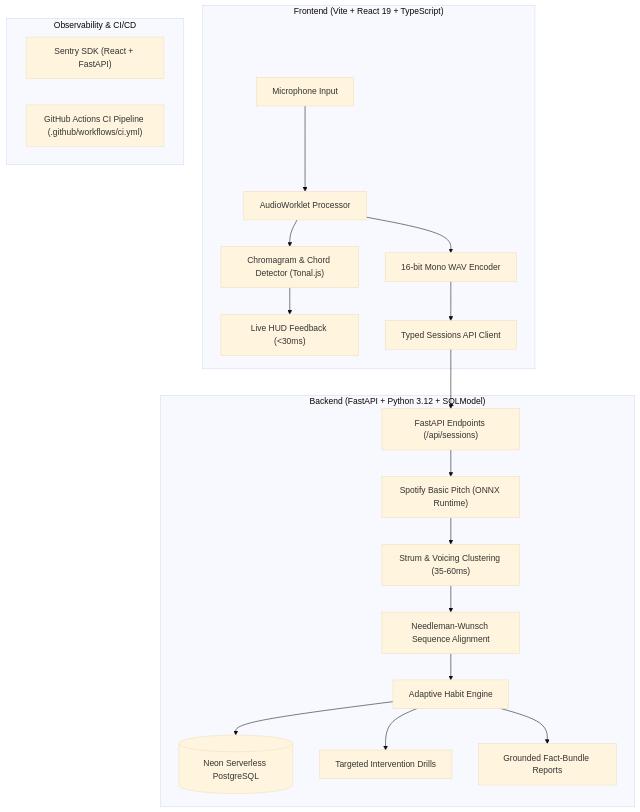
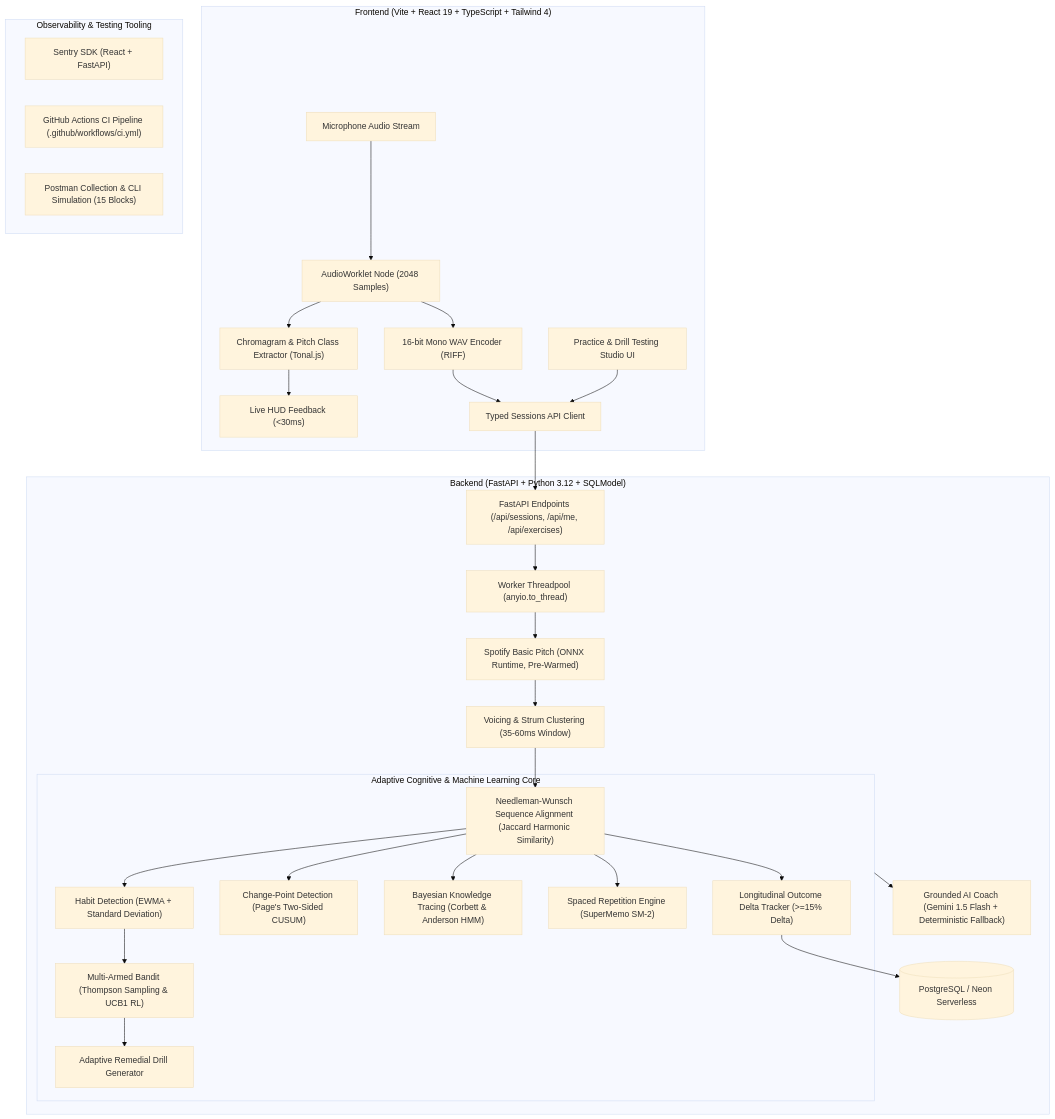
Before and after one commit to Yashvir-13/Sonus: the diagram in README.md, drawn with Mermaid (base theme). The commit also changed other lines of this file and 41 other files, not shown here.

First line of the commit message:
feat(adaptive): implement cognitive models, RL bandit, and testing studio

````diff
--- a/README.md
+++ b/README.md
@@ -9,26 +9,38 @@
 ```mermaid
 graph TB
-    subgraph Client ["Frontend (Vite + React 19 + TypeScript)"]
-        Mic["Microphone Input"] --> Worklet["AudioWorklet Processor"]
-        Worklet --> Chroma["Chromagram & Chord Detector (Tonal.js)"]
+    subgraph Client ["Frontend (Vite + React 19 + TypeScript + Tailwind 4)"]
+        Mic["Microphone Audio Stream"] --> Worklet["AudioWorklet Node (2048 Samples)"]
+        Worklet --> Chroma["Chromagram & Pitch Class Extractor (Tonal.js)"]
         Chroma --> HUD["Live HUD Feedback (<30ms)"]
-        Worklet --> WavEnc["16-bit Mono WAV Encoder"]
+        Worklet --> WavEnc["16-bit Mono WAV Encoder (RIFF)"]
         WavEnc --> APIClient["Typed Sessions API Client"]
+        HUDTester["Practice & Drill Testing Studio UI"] --> APIClient
     end
 
     subgraph Backend ["Backend (FastAPI + Python 3.12 + SQLModel)"]
-        APIClient --> Routes["FastAPI Endpoints (/api/sessions)"]
-        Routes --> BasicPitch["Spotify Basic Pitch (ONNX Runtime)"]
-        BasicPitch --> StrumClustering["Strum & Voicing Clustering (35-60ms)"]
-        StrumClustering --> Alignment["Needleman-Wunsch Sequence Alignment"]
-        Alignment --> HabitEngine["Adaptive Habit Engine"]
-        HabitEngine --> DB[(Neon Serverless PostgreSQL)]
-        HabitEngine --> Interventions["Targeted Intervention Drills"]
-        HabitEngine --> Reports["Grounded Fact-Bundle Reports"]
+        APIClient --> Routes["FastAPI Endpoints (/api/sessions, /api/me, /api/exercises)"]
+        Routes --> ThreadPool["Worker Threadpool (anyio.to_thread)"]
+        ThreadPool --> BasicPitch["Spotify Basic Pitch (ONNX Runtime, Pre-Warmed)"]
+        BasicPitch --> VoicingCluster["Voicing & Strum Clustering (35-60ms Window)"]
+        VoicingCluster --> Alignment["Needleman-Wunsch Sequence Alignment (Jaccard Harmonic Similarity)"]
+        
+        subgraph AdaptiveCore ["Adaptive Cognitive & Machine Learning Core"]
+            Alignment --> HabitEngine["Habit Detection (EWMA + Standard Deviation)"]
+            Alignment --> CUSUM["Change-Point Detection (Page's Two-Sided CUSUM)"]
+            Alignment --> BKT["Bayesian Knowledge Tracing (Corbett & Anderson HMM)"]
+            Alignment --> SM2["Spaced Repetition Engine (SuperMemo SM-2)"]
+            HabitEngine --> Bandit["Multi-Armed Bandit (Thompson Sampling & UCB1 RL)"]
+            Bandit --> DrillGen["Adaptive Remedial Drill Generator"]
+            Alignment --> Tracking["Longitudinal Outcome Delta Tracker (>=15% Delta)"]
+        end
+
+        Tracking --> DB[(PostgreSQL / Neon Serverless)]
+        AdaptiveCore --> LLMCoach["Grounded AI Coach (Gemini 1.5 Flash + Deterministic Fallback)"]
     end
 
-    subgraph Observability_CI ["Observability & CI/CD"]
+    subgraph Tooling_CI ["Observability & Testing Tooling"]
         Sentry["Sentry SDK (React + FastAPI)"]
         Actions["GitHub Actions CI Pipeline (.github/workflows/ci.yml)"]
+        Postman["Postman Collection & CLI Simulation (15 Blocks)"]
     end
 ```
````
